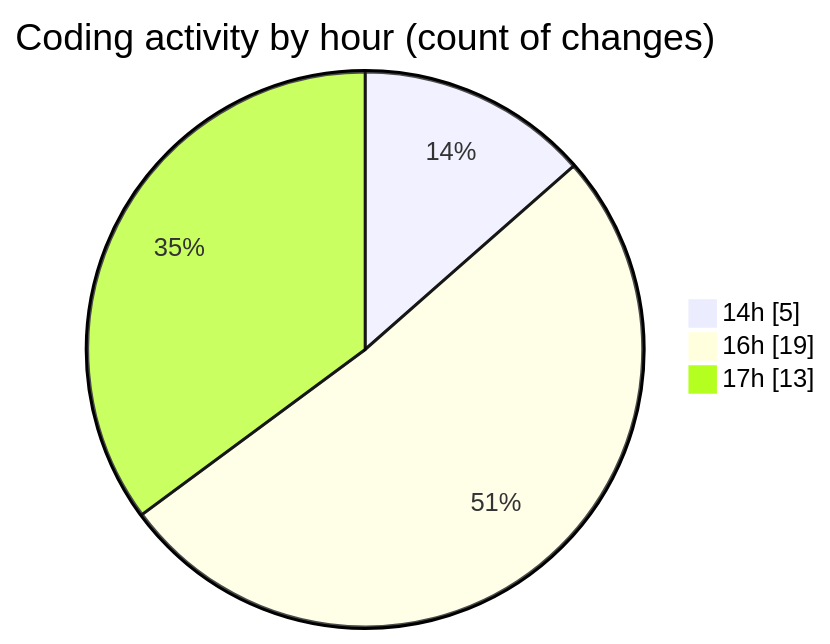
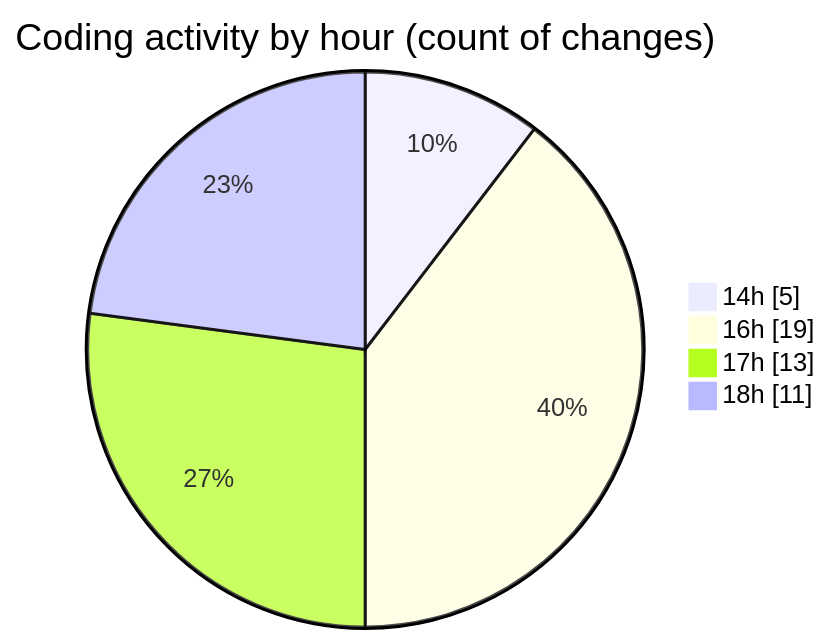
One commit to nxtqubesakshisongat/code-tracking changed the second of 2 diagrams in 2025-09-22/nxtqube_webapp/README.md. Above: the diagram before and after it, drawn with Mermaid. The commit also changed other lines of this file and 1 other file, not shown here.

````diff
--- a/2025-09-22/nxtqube_webapp/README.md
+++ b/2025-09-22/nxtqube_webapp/README.md
@@ -31,7 +34,8 @@
 ```mermaid
 pie showData
 title Coding activity by hour (count of changes)
 "14h" : 5
 "16h" : 19
 "17h" : 13
+"18h" : 11
 ```
````
